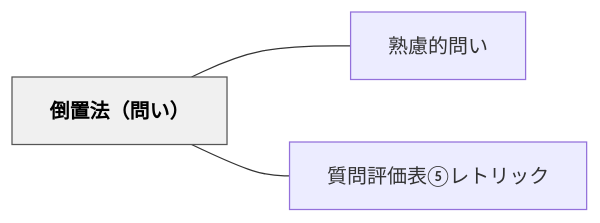
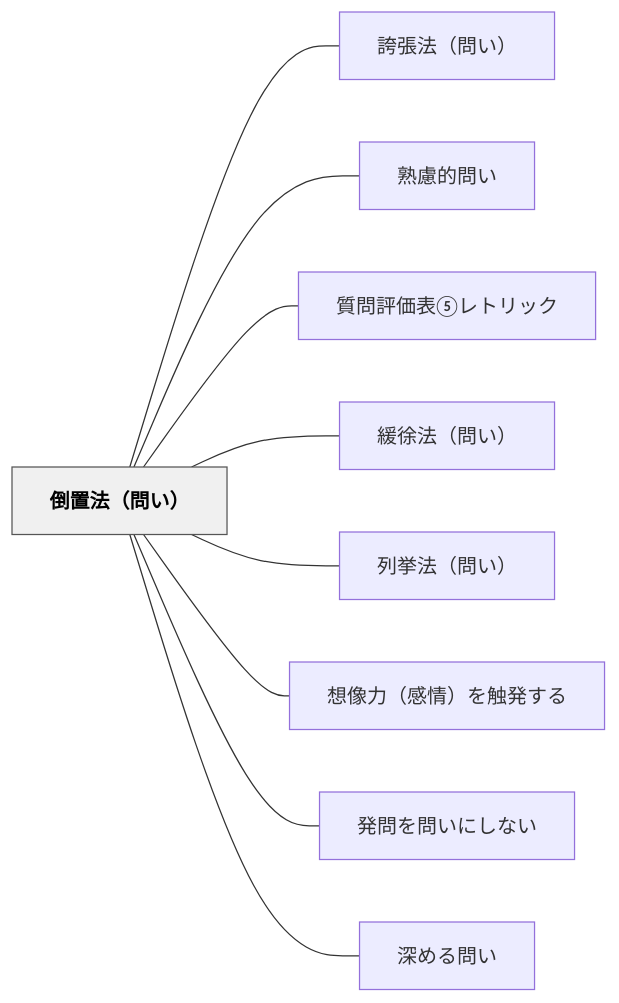
One commit to unknownthings-ed-patterns/unknownthings-ed-patterns changed the diagram in content/パタン/倒置法（問い）.md. Above: the diagram before and after it, drawn with Mermaid. The commit also changed other lines of this file and 44 other files, not shown here.

````diff
--- a/content/パタン/倒置法（問い）.md
+++ b/content/パタン/倒置法（問い）.md
@@ -47,12 +53,24 @@
 ```mermaid
 flowchart LR
     ne58092e7bdaee6b395efbc88e5958fe38184efbc89["倒置法（問い）"]
+    ne8aa87e5bcb5e6b395efbc88e5958fe38184efbc89["誇張法（問い）"]
     ne7869fe685aee79a84e5958fe38184["熟慮的問い"]
     ne8b3aae5958fe8a995e4bea1e8a1a8e291a4e383ace38388e383aae38383e382af["質問評価表⑤レトリック"]
+    ne7b7a9e5be90e6b395efbc88e5958fe38184efbc89["緩徐法（問い）"]
+    ne58897e68c99e6b395efbc88e5958fe38184efbc89["列挙法（問い）"]
+    ne683b3e5838fe58a9befbc88e6849fe68385efbc89e38292e8a7a6e799bae38199e3828b["想像力（感情）を触発する"]
+    ne799bae5958fe38292e5958fe38184e381abe38197e381aae38184["発問を問いにしない"]
+    ne6b7b1e38281e3828be5958fe38184["深める問い"]
 
+    ne58092e7bdaee6b395efbc88e5958fe38184efbc89 --- ne8aa87e5bcb5e6b395efbc88e5958fe38184efbc89
     ne58092e7bdaee6b395efbc88e5958fe38184efbc89 --- ne7869fe685aee79a84e5958fe38184
     ne58092e7bdaee6b395efbc88e5958fe38184efbc89 --- ne8b3aae5958fe8a995e4bea1e8a1a8e291a4e383ace38388e383aae38383e382af
+    ne58092e7bdaee6b395efbc88e5958fe38184efbc89 --- ne7b7a9e5be90e6b395efbc88e5958fe38184efbc89
+    ne58092e7bdaee6b395efbc88e5958fe38184efbc89 --- ne58897e68c99e6b395efbc88e5958fe38184efbc89
+    ne58092e7bdaee6b395efbc88e5958fe38184efbc89 --- ne683b3e5838fe58a9befbc88e6849fe68385efbc89e38292e8a7a6e799bae38199e3828b
+    ne58092e7bdaee6b395efbc88e5958fe38184efbc89 --- ne799bae5958fe38292e5958fe38184e381abe38197e381aae38184
+    ne58092e7bdaee6b395efbc88e5958fe38184efbc89 --- ne6b7b1e38281e3828be5958fe38184
 
     classDef hub fill:#f0f0f0,stroke:#555,color:#000,font-weight:bold
     class ne58092e7bdaee6b395efbc88e5958fe38184efbc89 hub
 ```
````
